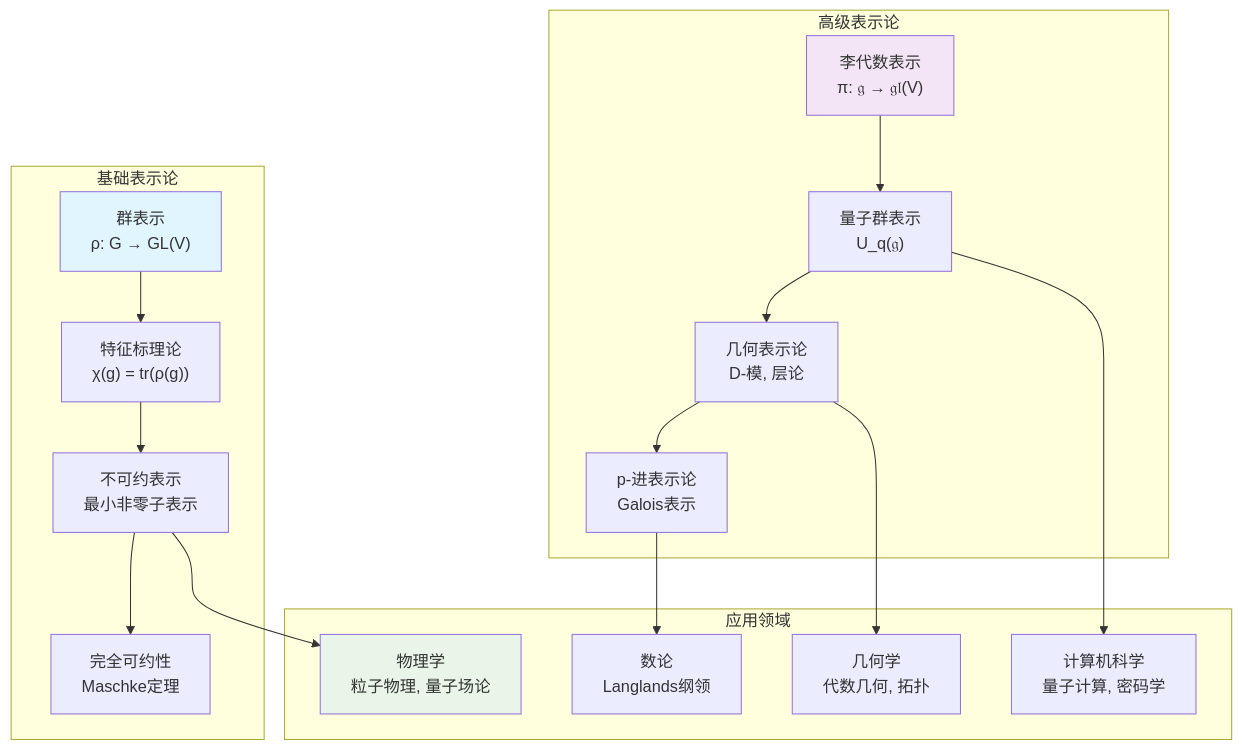
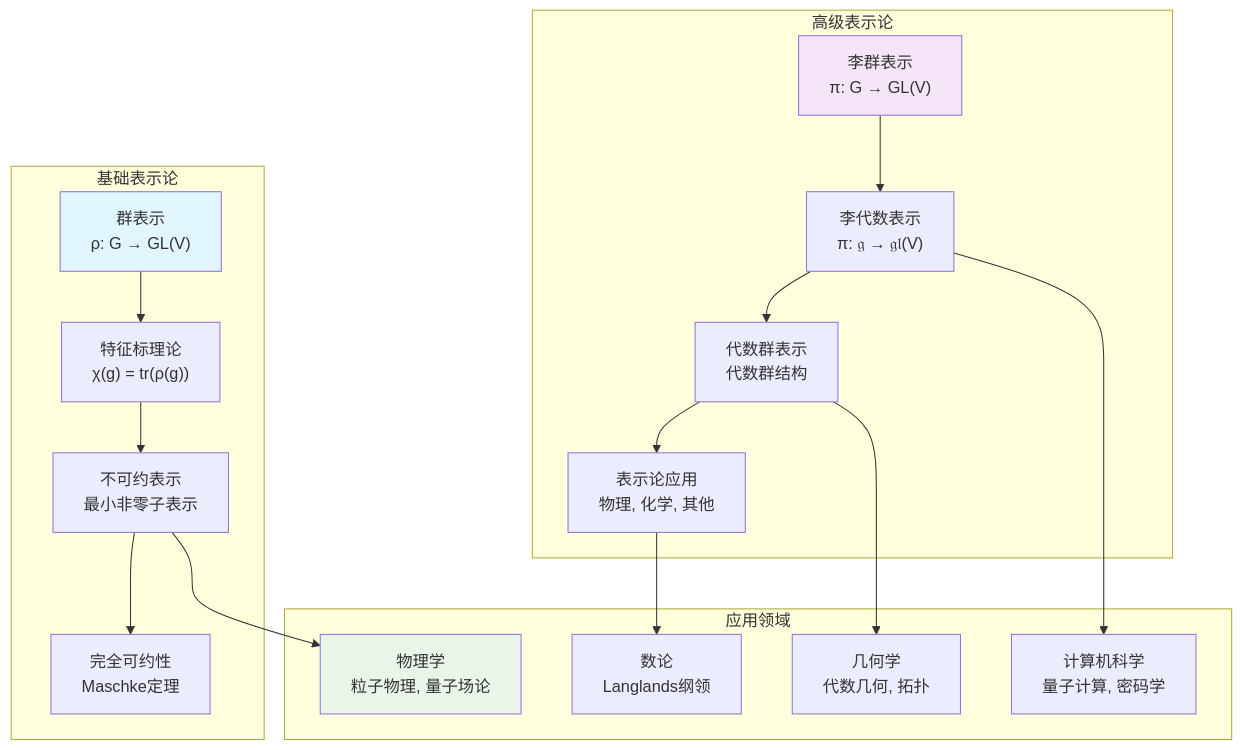
Before and after one commit to AdaMartin18010/Mathematics: the diagram in Math/Refactor/03-代数结构与理论/10-表示论/00-表示论总览.md, drawn with Mermaid. The commit also changed other lines of this file and 135 other files, not shown here.

````diff
--- a/Math/Refactor/03-代数结构与理论/10-表示论/00-表示论总览.md
+++ b/Math/Refactor/03-代数结构与理论/10-表示论/00-表示论总览.md
@@ -68,34 +70,34 @@
 ```mermaid
 graph TD
     subgraph "基础表示论"
         A["群表示<br/>ρ: G → GL(V)"]
         B["特征标理论<br/>χ(g) = tr(ρ(g))"]
         C["不可约表示<br/>最小非零子表示"]
         D["完全可约性<br/>Maschke定理"]
     end
 
     subgraph "高级表示论"
-        E["李代数表示<br/>π: 𝔤 → 𝔤𝔩(V)"]
-        F["量子群表示<br/>U_q(𝔤)"]
-        G["几何表示论<br/>D-模, 层论"]
-        H["p-进表示论<br/>Galois表示"]
+        E["李群表示<br/>π: G → GL(V)"]
+        F["李代数表示<br/>π: 𝔤 → 𝔤𝔩(V)"]
+        G["代数群表示<br/>代数群结构"]
+        H["表示论应用<br/>物理, 化学, 其他"]
     end
 
     subgraph "应用领域"
         I["物理学<br/>粒子物理, 量子场论"]
         J["数论<br/>Langlands纲领"]
         K["几何学<br/>代数几何, 拓扑"]
         L["计算机科学<br/>量子计算, 密码学"]
     end
 
     A --> B --> C --> D;
     E --> F --> G --> H;
     C --> I;
     H --> J;
     G --> K;
     F --> L;
 
     style A fill:#e1f5fe
     style E fill:#f3e5f5
     style I fill:#e8f5e8
 ```
````
